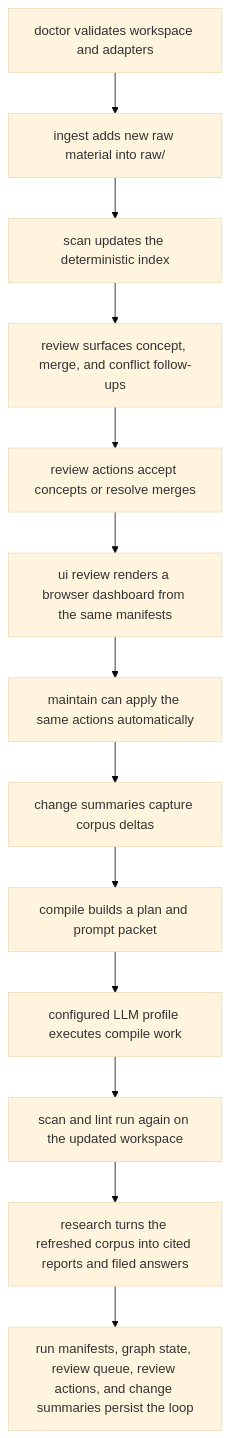
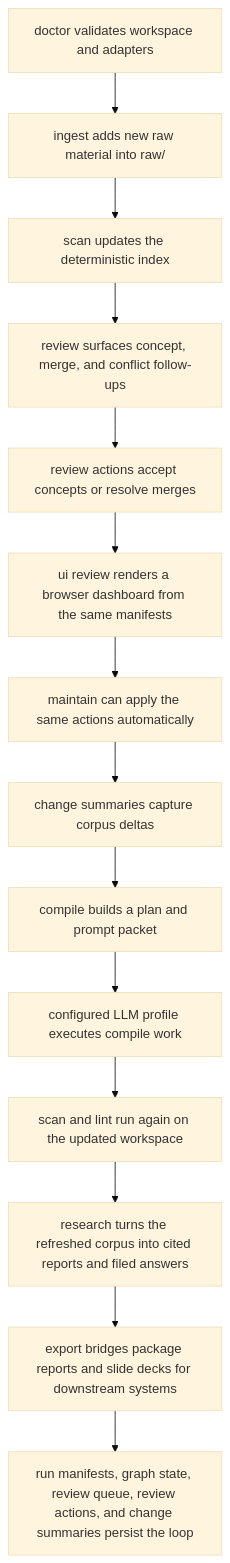
Before and after one commit to shrijacked/Cognisync: the diagram in docs/operator-workflows.md, drawn with Mermaid (base theme). The commit also changed other lines of this file and 2 other files, not shown here.

Commit message:
docs: describe export bridge workflows

````diff
--- a/docs/operator-workflows.md
+++ b/docs/operator-workflows.md
@@ -19,15 +20,16 @@
 ```mermaid
 flowchart TD
     A["doctor validates workspace and adapters"] --> B["ingest adds new raw material into raw/"]
     B --> C["scan updates the deterministic index"]
     C --> D["review surfaces concept, merge, and conflict follow-ups"]
     D --> E["review actions accept concepts or resolve merges"]
     E --> F["ui review renders a browser dashboard from the same manifests"]
     F --> G["maintain can apply the same actions automatically"]
     G --> H["change summaries capture corpus deltas"]
     H --> I["compile builds a plan and prompt packet"]
     I --> J["configured LLM profile executes compile work"]
     J --> K["scan and lint run again on the updated workspace"]
     K --> L["research turns the refreshed corpus into cited reports and filed answers"]
-    L --> M["run manifests, graph state, review queue, review actions, and change summaries persist the loop"]
+    L --> M["export bridges package reports and slide decks for downstream systems"]
+    M --> N["run manifests, graph state, review queue, review actions, and change summaries persist the loop"]
 ```
````
